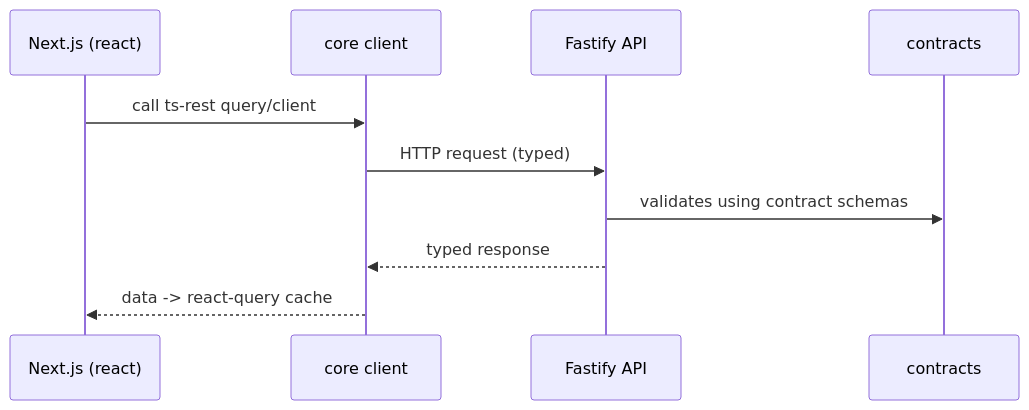
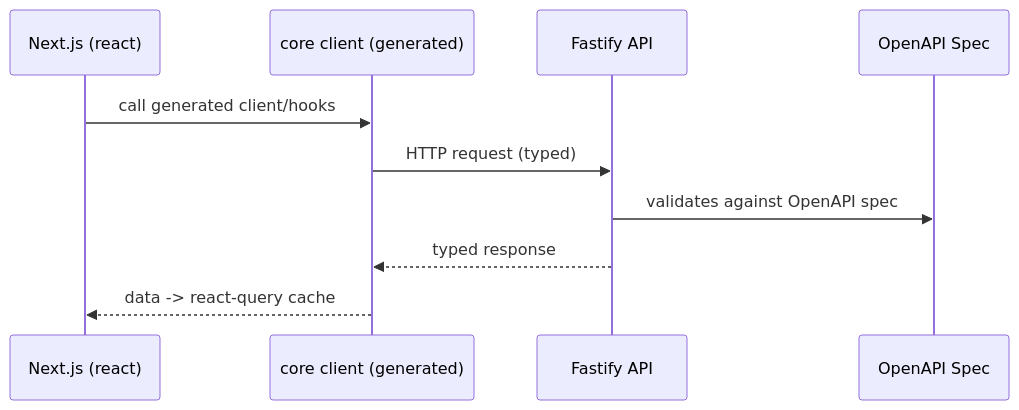
Before and after one commit to blockmatic/basilic-evm: the second of 2 diagrams in apps/docs/content/docs/architecture/package-conventions.mdx, drawn with Mermaid. The commit also changed other lines of this file and 34 other files, not shown here.

````diff
--- a/apps/docs/content/docs/architecture/package-conventions.mdx
+++ b/apps/docs/content/docs/architecture/package-conventions.mdx
@@ -342,13 +336,13 @@
 ```mermaid
 sequenceDiagram
   participant Web as Next.js (react)
-  participant Core as core client
+  participant Core as core client (generated)
   participant API as Fastify API
-  participant C as contracts
+  participant OpenAPI as OpenAPI Spec
 
-  Web->>Core: call ts-rest query/client
+  Web->>Core: call generated client/hooks
   Core->>API: HTTP request (typed)
-  API->>C: validates using contract schemas
+  API->>OpenAPI: validates against OpenAPI spec
   API-->>Core: typed response
   Core-->>Web: data -> react-query cache
 ```
````
